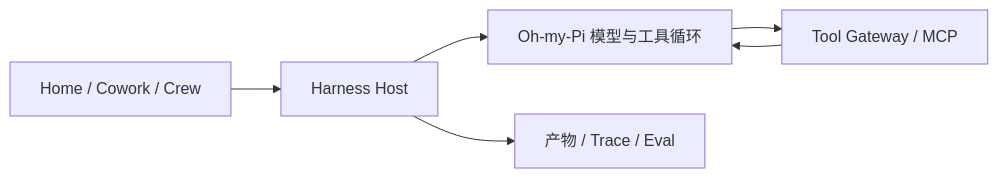
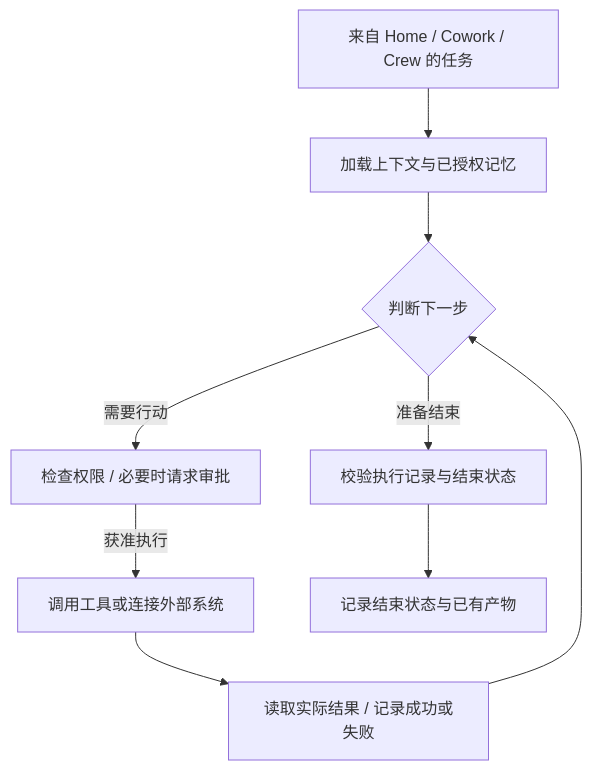
One commit to Foxtailsss-Andy/Anna-Agent changed the diagram in README.zh-CN.md. Above: the diagram before and after it, drawn with Mermaid. The commit also changed other lines of this file and 1 other file, not shown here.

Commit message:
docs: explain Anna task execution as a Harness loop

````diff
--- a/README.zh-CN.md
+++ b/README.zh-CN.md
@@ -94,8 +94,11 @@
 ```mermaid
-flowchart LR
-    UI[Home / Cowork / Crew] --> Host[Harness Host]
-    Host --> OMP[Oh-my-Pi 模型与工具循环]
-    OMP --> Gateway[Tool Gateway / MCP]
-    Gateway --> OMP
-    Host --> Result[产物 / Trace / Eval]
+flowchart TD
+    Task[来自 Home / Cowork / Crew 的任务] --> Context[加载上下文与已授权记忆]
+    Context --> Decide{判断下一步}
+    Decide -->|需要行动| Gate[检查权限 / 必要时请求审批]
+    Gate -->|获准执行| Act[调用工具或连接外部系统]
+    Act --> Observe[读取实际结果 / 记录成功或失败]
+    Observe --> Decide
+    Decide -->|准备结束| Check[校验执行记录与结束状态]
+    Check --> Outcome[记录结束状态与已有产物]
 ```
````
